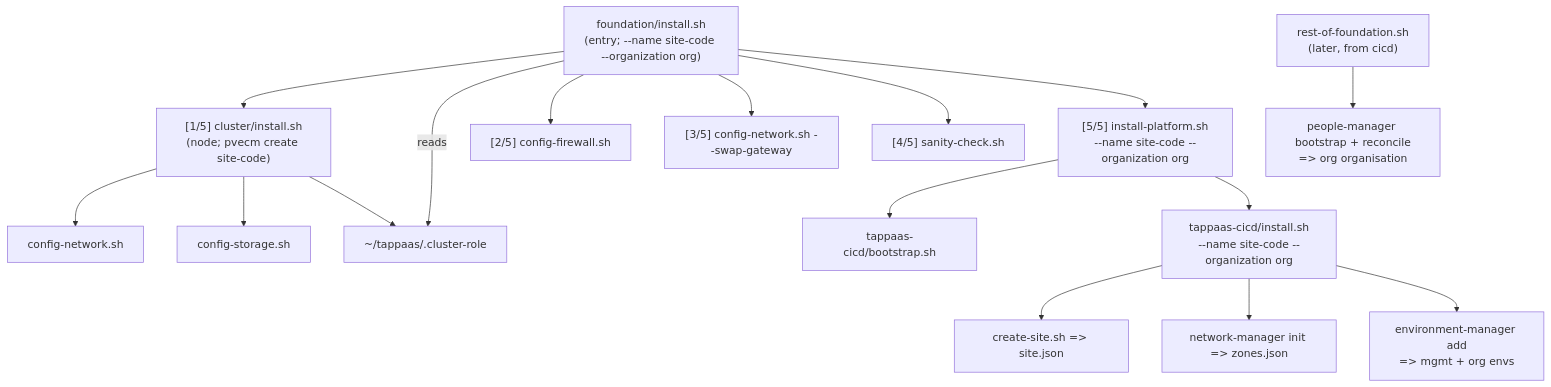
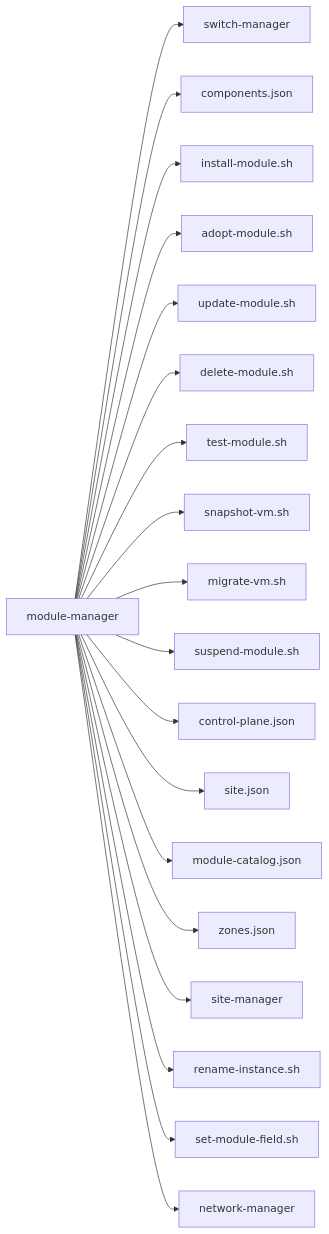
One commit to TAPPaaS/TAPPaaS changed the first of 18 diagrams in src/foundation/DEPENDENCIES.md. Above: the diagram before and after it, drawn with Mermaid. The commit also changed other lines of this file and 4 other files, not shown here.

First line of the commit message:
docs(foundation): generate programs and dependencies from the code

````diff
--- a/src/foundation/DEPENDENCIES.md
+++ b/src/foundation/DEPENDENCIES.md
@@ -253,18 +136,22 @@
 ```mermaid
-graph TD
-    FI["foundation/install.sh<br/>(entry; --name site-code --organization org)"] --> CI["[1/5] cluster/install.sh<br/>(node; pvecm create site-code)"]
-    CI --> CN["config-network.sh"]
-    CI --> CS["config-storage.sh"]
-    CI --> ROLE["~/tappaas/.cluster-role"]
-    FI -->|reads| ROLE
-    FI --> FW["[2/5] config-firewall.sh"]
-    FI --> CUT["[3/5] config-network.sh --swap-gateway"]
-    FI --> SAN["[4/5] sanity-check.sh"]
-    FI --> IP["[5/5] install-platform.sh<br/>--name site-code --organization org"]
-    IP --> BS["tappaas-cicd/bootstrap.sh"]
-    IP --> CICD["tappaas-cicd/install.sh<br/>--name site-code --organization org"]
-    CICD --> CSITE["create-site.sh => site.json"]
-    CICD --> ZI["network-manager init => zones.json"]
-    CICD --> CME["environment-manager add<br/>=> mgmt + org envs"]
-    ROF["rest-of-foundation.sh<br/>(later, from cicd)"] --> US["people-manager bootstrap + reconcile<br/>=> org organisation"]
+graph LR
+    n0["module-manager"]
+    n0 --> n1["switch-manager"]
+    n0 --> n2["components.json"]
+    n0 --> n3["install-module.sh"]
+    n0 --> n4["adopt-module.sh"]
+    n0 --> n5["update-module.sh"]
+    n0 --> n6["delete-module.sh"]
+    n0 --> n7["test-module.sh"]
+    n0 --> n8["snapshot-vm.sh"]
+    n0 --> n9["migrate-vm.sh"]
+    n0 --> n10["suspend-module.sh"]
+    n0 --> n11["control-plane.json"]
+    n0 --> n12["site.json"]
+    n0 --> n13["module-catalog.json"]
+    n0 --> n14["zones.json"]
+    n0 --> n15["site-manager"]
+    n0 --> n16["rename-instance.sh"]
+    n0 --> n17["set-module-field.sh"]
+    n0 --> n18["network-manager"]
 ```
````
